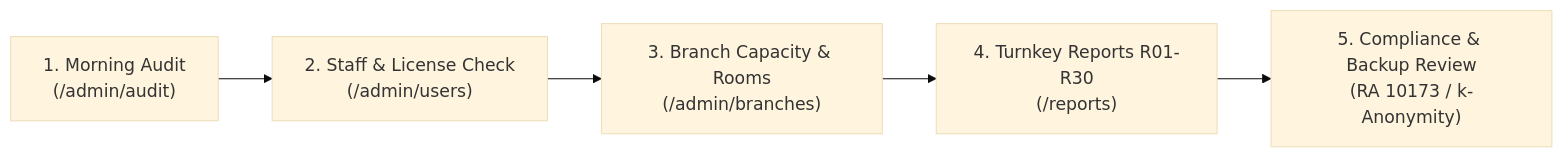
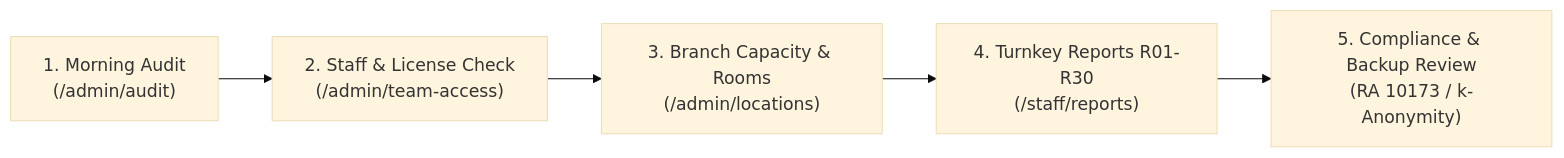
Before and after one commit to mykelu/mh-clinic-docs: the diagram in personas/01-company-and-branch-administrator.md, drawn with Mermaid (base theme). The commit also changed other lines of this file and 31 other files, not shown here.

````diff
--- a/personas/01-company-and-branch-administrator.md
+++ b/personas/01-company-and-branch-administrator.md
@@ -22,7 +22,7 @@
 ```mermaid
 flowchart LR
-    A["1. Morning Audit<br/>(/admin/audit)"] --> B["2. Staff & License Check<br/>(/admin/users)"]
-    B --> C["3. Branch Capacity & Rooms<br/>(/admin/branches)"]
-    C --> D["4. Turnkey Reports R01-R30<br/>(/reports)"]
+    A["1. Morning Audit<br/>(/admin/audit)"] --> B["2. Staff & License Check<br/>(/admin/team-access)"]
+    B --> C["3. Branch Capacity & Rooms<br/>(/admin/locations)"]
+    C --> D["4. Turnkey Reports R01-R30<br/>(/staff/reports)"]
     D --> E["5. Compliance & Backup Review<br/>(RA 10173 / k-Anonymity)"]
 ```
````
